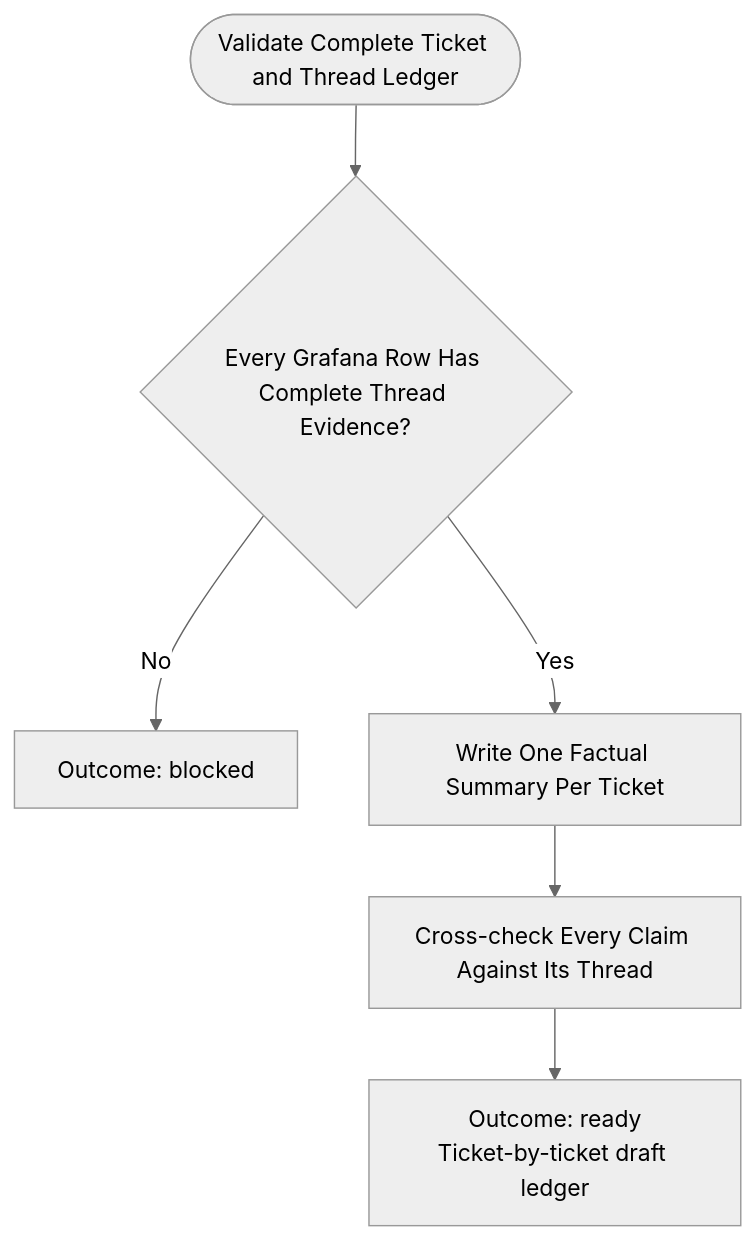
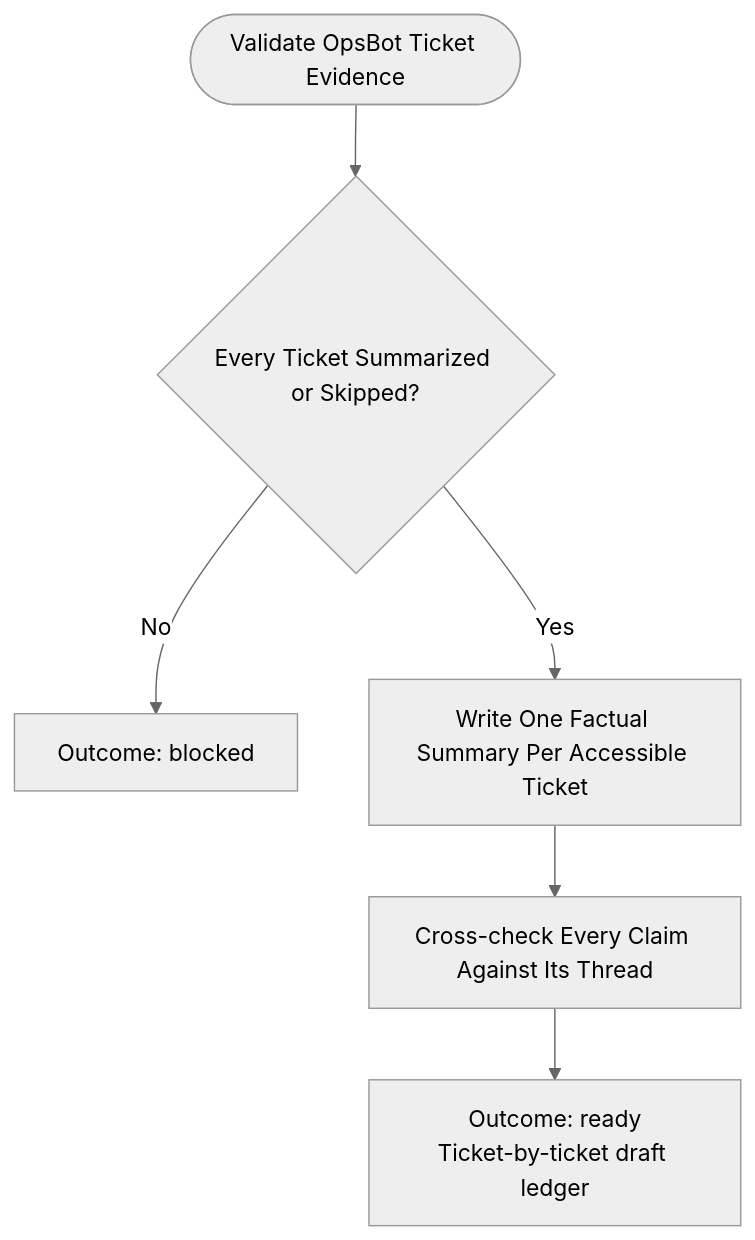
Before and after one commit to wichayutdew/dotfiles: the diagram in .pi/agent/workflows/steps/sprint-triage/draft.md, drawn with Mermaid (neutral theme). The commit also changed other lines of this file and 1 other file, not shown here.

````diff
--- a/.pi/agent/workflows/steps/sprint-triage/draft.md
+++ b/.pi/agent/workflows/steps/sprint-triage/draft.md
@@ -14,8 +14,8 @@
 ```mermaid
 flowchart TD
-    Start([Validate Complete Ticket and Thread Ledger]) --> CheckCoverage{Every Grafana Row Has Complete Thread Evidence?}
+    Start([Validate OpsBot Ticket Evidence]) --> CheckCoverage{Every Ticket Summarized or Skipped?}
     CheckCoverage -->|No| Blocked[Outcome: blocked]
-    CheckCoverage -->|Yes| Summarize[Write One Factual Summary Per Ticket]
+    CheckCoverage -->|Yes| Summarize[Write One Factual Summary Per Accessible Ticket]
     Summarize --> CrossCheck[Cross-check Every Claim Against Its Thread]
     CrossCheck --> Ready[Outcome: ready\nTicket-by-ticket draft ledger]
 ```
````
